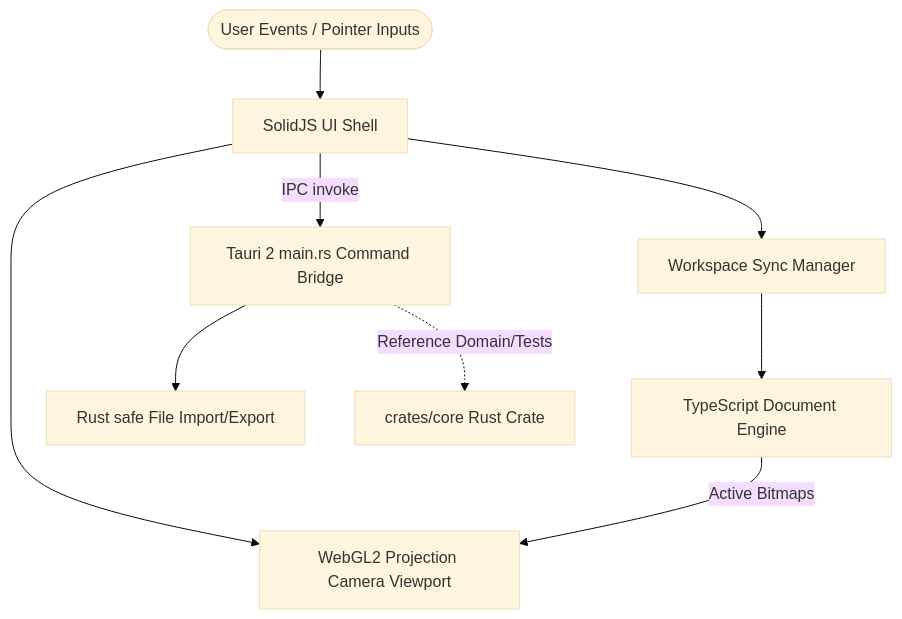
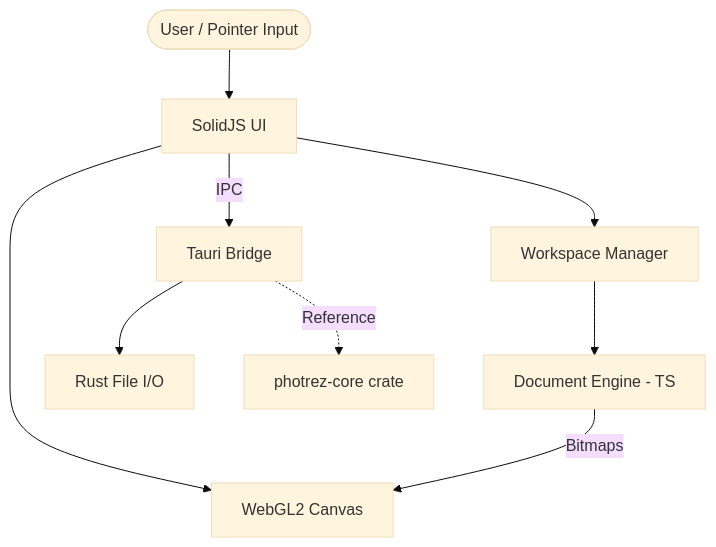
Before and after one commit to rahmanqolbi/photrez: the diagram in README.md, drawn with Mermaid (base theme). The commit also changed other lines of this file, not shown here.

Commit message:
docs(readme): casual tone, fix typos, add personal note
- Soften intro with a short open-source project note
- Fix 'stargazers' typo, restore em-dashes damaged by edit tooling
- Reword 'Why Photrez' as a friendly list; simplify mermaid labels
- Clean up roadmap (remove stale strikethrough entry)
- No BOM, UTF-8 clean

````diff
--- a/README.md
+++ b/README.md
@@ -76,13 +80,13 @@
 ```mermaid
 flowchart TD
-    User([User Events / Pointer Inputs]) --> Shell[SolidJS UI Shell]
-    Shell --> Workspace[Workspace Sync Manager]
-    Workspace --> Engine[TypeScript Document Engine]
-    
-    Shell --> Viewport[WebGL2 Projection Camera Viewport]
-    Engine -- Active Bitmaps --> Viewport
-    
-    Shell -- IPC invoke --> Tauri[Tauri 2 main.rs Command Bridge]
-    Tauri --> FileIO[Rust safe File Import/Export]
-    Tauri -. Reference Domain/Tests .-> RustCore[crates/core Rust Crate]
+    User([User / Pointer Input]) --> Shell[SolidJS UI]
+    Shell --> Workspace[Workspace Manager]
+    Workspace --> Engine[Document Engine - TS]
+
+    Shell --> Viewport[WebGL2 Canvas]
+    Engine -- Bitmaps --> Viewport
+
+    Shell -- IPC --> Tauri[Tauri Bridge]
+    Tauri --> FileIO[Rust File I/O]
+    Tauri -. Reference .-> RustCore[photrez-core crate]
 ```
````
